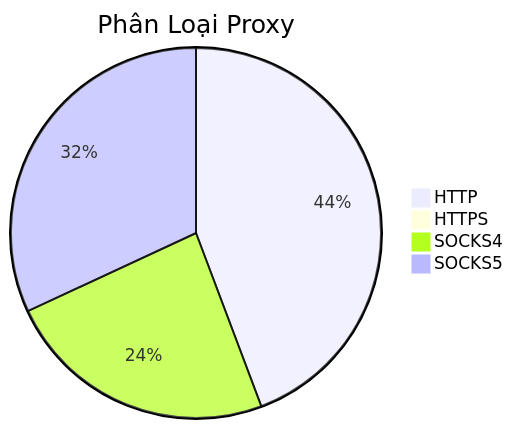
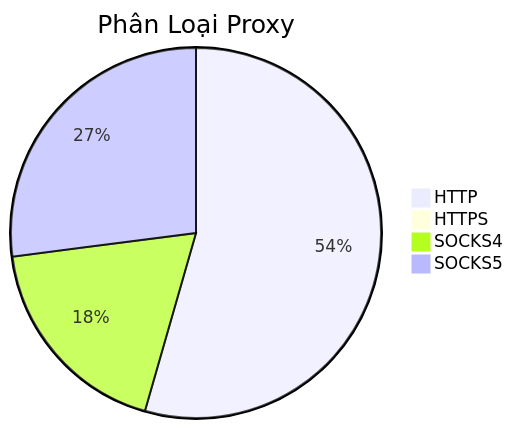
One commit to Ciara-12/PROXY-free changed the diagram in README.md. Above: the diagram before and after it, drawn with Mermaid. The commit also changed other lines of this file and 4 other files, not shown here.

````diff
--- a/README.md
+++ b/README.md
@@ -26,7 +26,7 @@
 ```mermaid
 pie title Phân Loại Proxy
-    "HTTP" : 459
-    "HTTPS" : 2
-    "SOCKS4" : 247
-    "SOCKS5" : 331
+    "HTTP" : 606
+    "HTTPS" : 3
+    "SOCKS4" : 206
+    "SOCKS5" : 301
 ```
````
